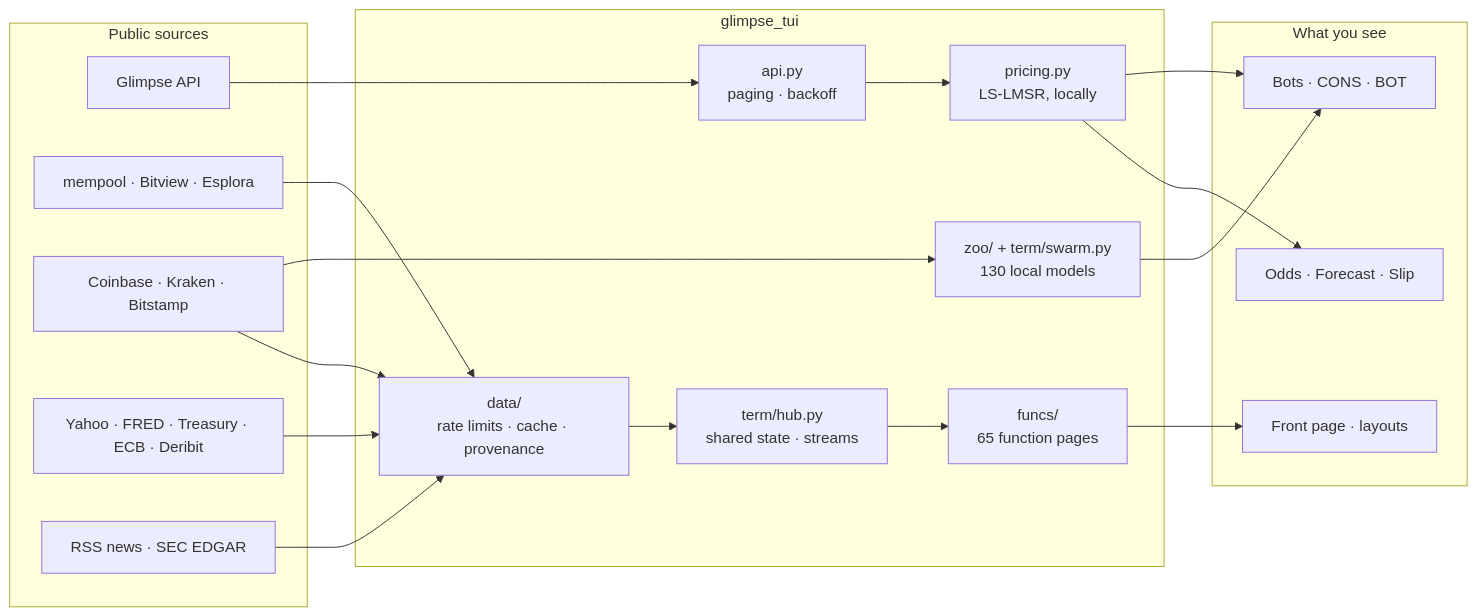
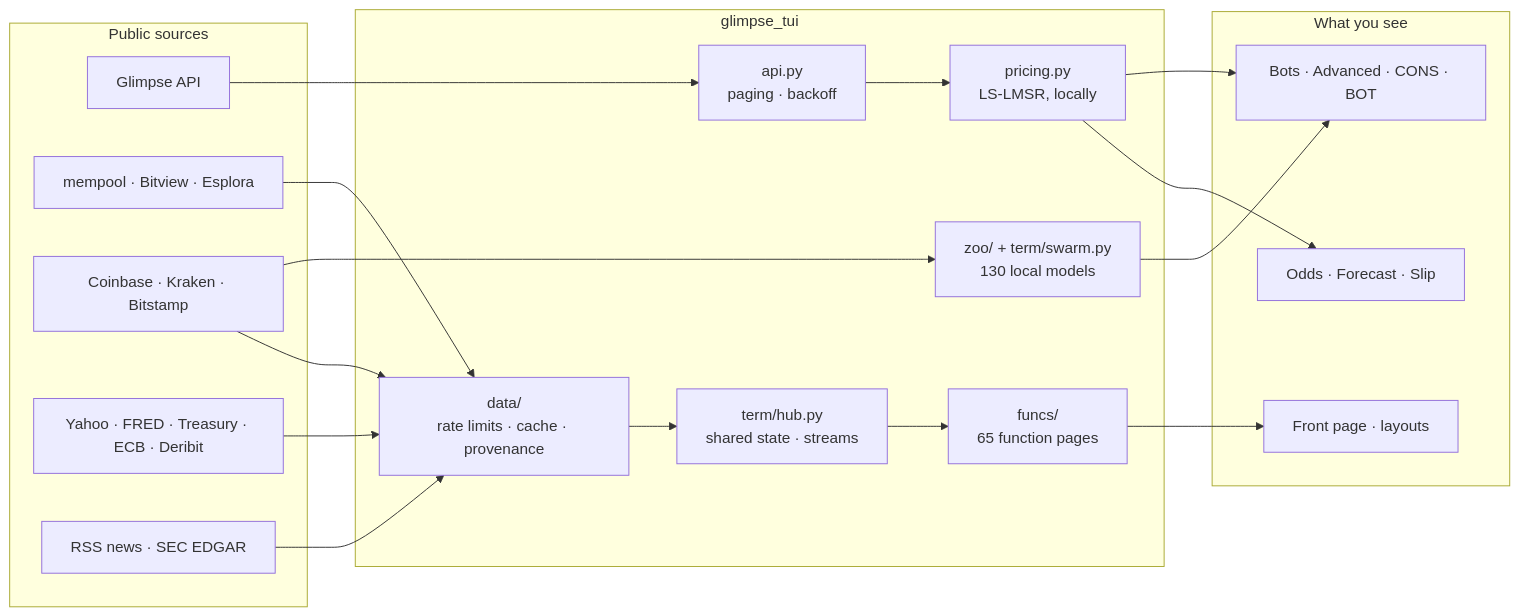
The diagram in README.md (BIRKELAND-GLIMPSE/glimpse-tui), drawn with Mermaid before and after one commit. The commit also changed other lines of this file and 63 other files, not shown here.

````diff
--- a/README.md
+++ b/README.md
@@ -440,30 +603,30 @@
 ```mermaid
 flowchart LR
     subgraph sources["Public sources"]
         G[Glimpse API]
         B[mempool · Bitview · Esplora]
         P[Coinbase · Kraken · Bitstamp]
         M[Yahoo · FRED · Treasury · ECB · Deribit]
         N[RSS news · SEC EDGAR]
     end
 
     subgraph core["glimpse_tui"]
         API[api.py<br/>paging · backoff]
         PR[pricing.py<br/>LS-LMSR, locally]
         D[data/<br/>rate limits · cache · provenance]
         H[term/hub.py<br/>shared state · streams]
         Z[zoo/ + term/swarm.py<br/>130 local models]
         F[funcs/<br/>65 function pages]
     end
 
     subgraph ui["What you see"]
         O[Odds · Forecast · Slip]
         FP[Front page · layouts]
-        BT[Bots · CONS · BOT]
+        BT[Bots · Advanced · CONS · BOT]
     end
 
     G --> API --> PR --> O
     B & P & M & N --> D --> H --> F --> FP
     P --> Z --> BT
     PR --> BT
 ```
````
